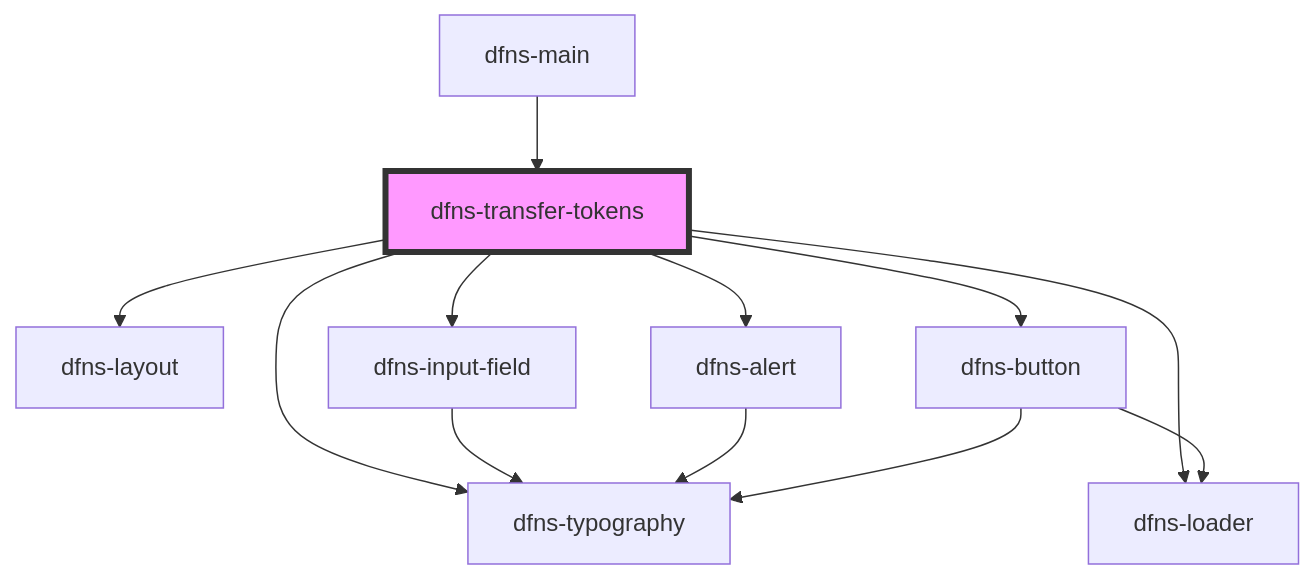
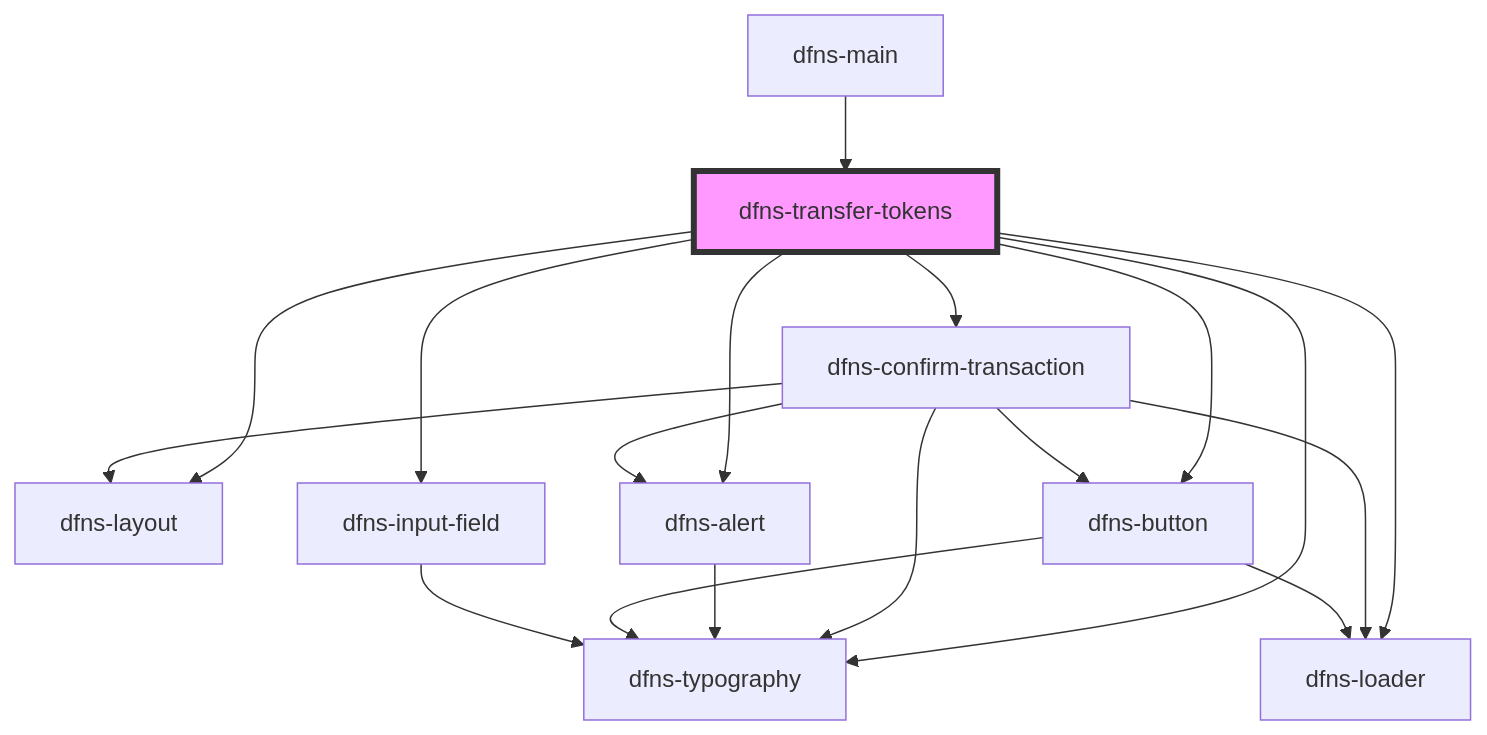
One commit to dfnsext/web-ui changed the diagram in src/components/Pages/dfns-transfer-tokens/readme.md. Above: the diagram before and after it, drawn with Mermaid. The commit also changed other lines of this file and 18 other files, not shown here.

````diff
--- a/src/components/Pages/dfns-transfer-tokens/readme.md
+++ b/src/components/Pages/dfns-transfer-tokens/readme.md
@@ -31,15 +32,21 @@
 ```mermaid
 graph TD;
+  dfns-transfer-tokens --> dfns-confirm-transaction
   dfns-transfer-tokens --> dfns-layout
   dfns-transfer-tokens --> dfns-typography
   dfns-transfer-tokens --> dfns-loader
   dfns-transfer-tokens --> dfns-input-field
   dfns-transfer-tokens --> dfns-alert
   dfns-transfer-tokens --> dfns-button
-  dfns-input-field --> dfns-typography
+  dfns-confirm-transaction --> dfns-layout
+  dfns-confirm-transaction --> dfns-typography
+  dfns-confirm-transaction --> dfns-alert
+  dfns-confirm-transaction --> dfns-loader
+  dfns-confirm-transaction --> dfns-button
   dfns-alert --> dfns-typography
   dfns-button --> dfns-typography
   dfns-button --> dfns-loader
+  dfns-input-field --> dfns-typography
   dfns-main --> dfns-transfer-tokens
   style dfns-transfer-tokens fill:#f9f,stroke:#333,stroke-width:4px
 ```
````
